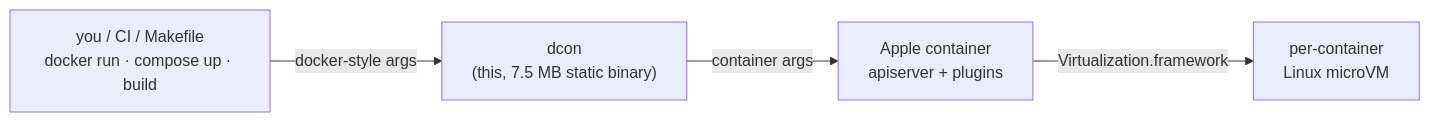
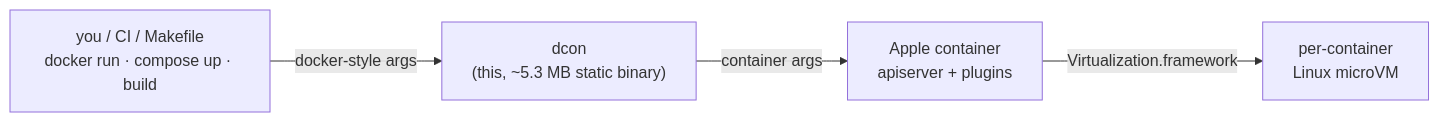
The diagram in README.md (o1x3/dcon), drawn with Mermaid before and after one commit. The commit also changed other lines of this file and 3 other files, not shown here.

````diff
--- a/README.md
+++ b/README.md
@@ -55,6 +46,6 @@
 ```mermaid
 flowchart LR
-    A["you / CI / Makefile<br/>docker run · compose up · build"] -->|docker-style args| B["dcon<br/>(this, 7.5 MB static binary)"]
+    A["you / CI / Makefile<br/>docker run · compose up · build"] -->|docker-style args| B["dcon<br/>(this, ~5.3 MB static binary)"]
     B -->|container args| C["Apple container<br/>apiserver + plugins"]
     C -->|Virtualization.framework| D["per-container<br/>Linux microVM"]
 ```
````
